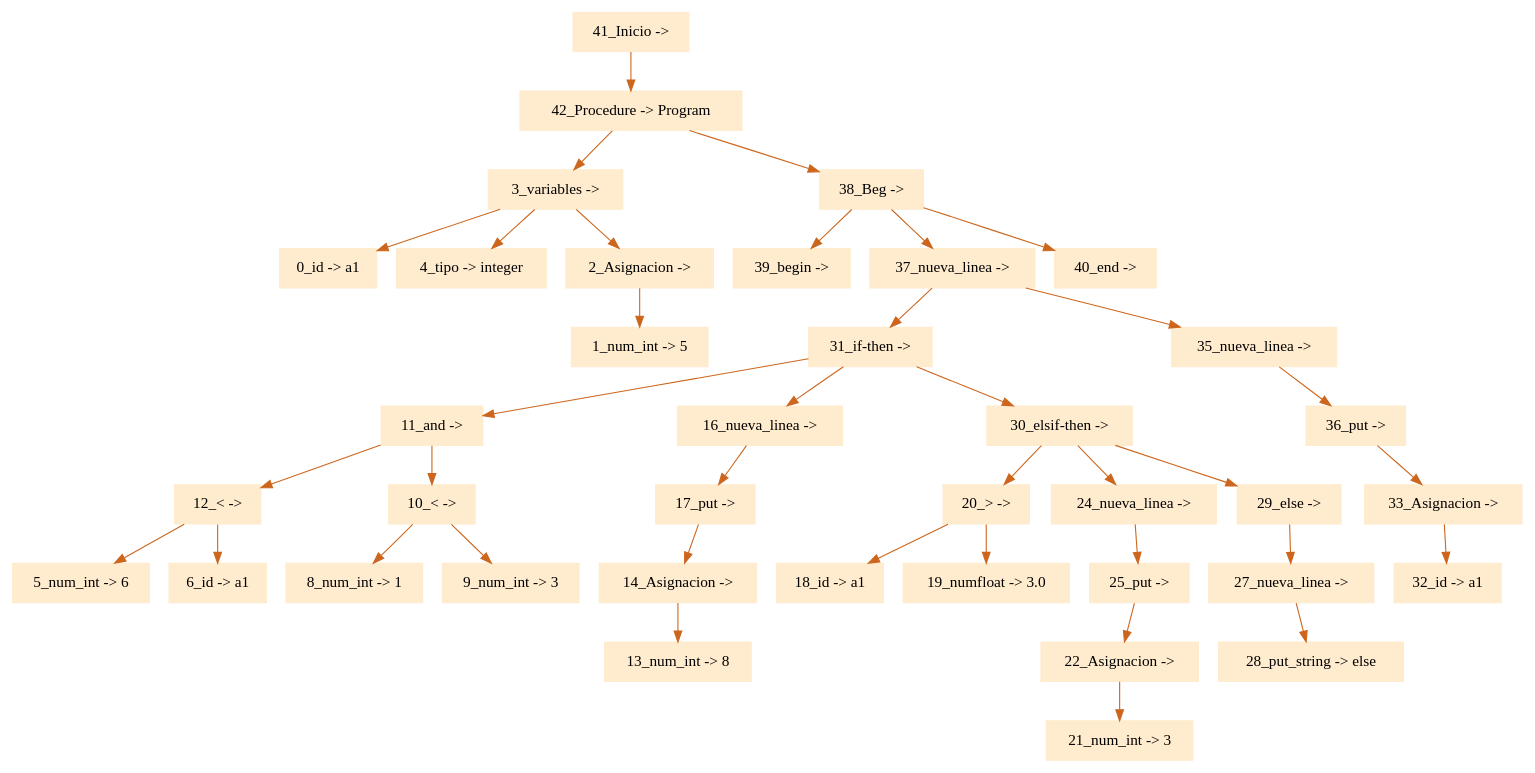
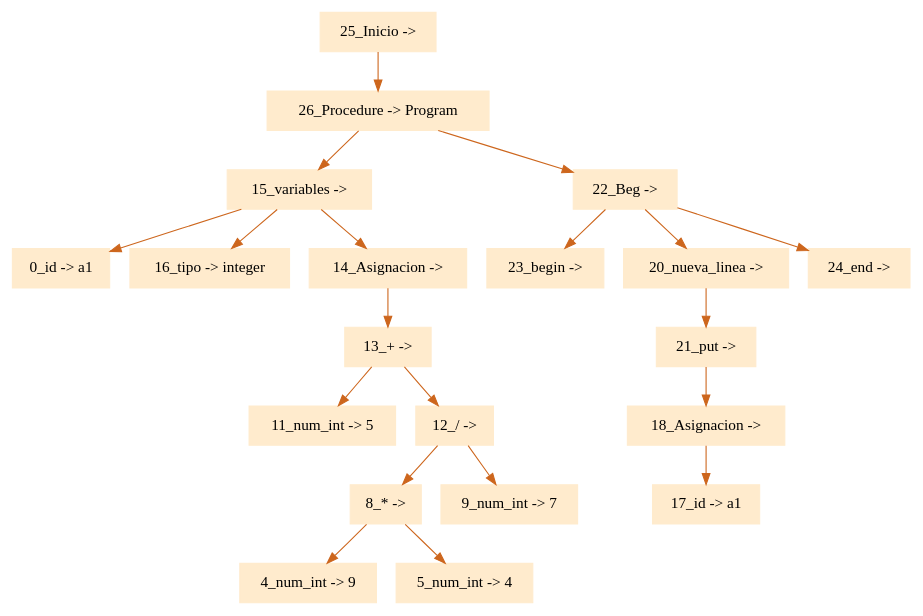
One commit to eliasgz97/Proyecto_Compiladores changed the diagram in ProyectoCompiladores/arbol.dot. Above: the diagram before and after it, drawn with Graphviz. The commit also changed 7 other files, not shown here.

```diff
--- a/ProyectoCompiladores/arbol.dot
+++ b/ProyectoCompiladores/arbol.dot
@@ -1,42 +1,24 @@
 digraph G {node[shape=box, style=filled, color=blanchedalmond]; edge[color=chocolate3];rankdir=UD 
 
-"41_Inicio -> "->"42_Procedure -> Program"
-"42_Procedure -> Program"->"3_variables -> "
-"3_variables -> "->"0_id -> a1"
-"3_variables -> "->"4_tipo -> integer"
-"3_variables -> "->"2_Asignacion -> "
-"2_Asignacion -> "->"1_num_int -> 5"
-"42_Procedure -> Program"->"38_Beg -> "
-"38_Beg -> "->"39_begin -> "
-"38_Beg -> "->"37_nueva_linea -> "
-"37_nueva_linea -> "->"31_if-then -> "
-"31_if-then -> "->"11_and -> "
-"11_and -> "->"12_< -> "
-"12_< -> "->"5_num_int -> 6"
-"12_< -> "->"6_id -> a1"
-"11_and -> "->"10_< -> "
-"10_< -> "->"8_num_int -> 1"
-"10_< -> "->"9_num_int -> 3"
-"31_if-then -> "->"16_nueva_linea -> "
-"16_nueva_linea -> "->"17_put -> "
-"17_put -> "->"14_Asignacion -> "
-"14_Asignacion -> "->"13_num_int -> 8"
-"31_if-then -> "->"30_elsif-then -> "
-"30_elsif-then -> "->"20_> -> "
-"20_> -> "->"18_id -> a1"
-"20_> -> "->"19_numfloat -> 3.0"
-"30_elsif-then -> "->"24_nueva_linea -> "
-"24_nueva_linea -> "->"25_put -> "
-"25_put -> "->"22_Asignacion -> "
-"22_Asignacion -> "->"21_num_int -> 3"
-"30_elsif-then -> "->"29_else -> "
-"29_else -> "->"27_nueva_linea -> "
-"27_nueva_linea -> "->"28_put_string -> else"
-"37_nueva_linea -> "->"35_nueva_linea -> "
-"35_nueva_linea -> "->"36_put -> "
-"36_put -> "->"33_Asignacion -> "
-"33_Asignacion -> "->"32_id -> a1"
-"38_Beg -> "->"40_end -> "
+"25_Inicio -> "->"26_Procedure -> Program"
+"26_Procedure -> Program"->"15_variables -> "
+"15_variables -> "->"0_id -> a1"
+"15_variables -> "->"16_tipo -> integer"
+"15_variables -> "->"14_Asignacion -> "
+"14_Asignacion -> "->"13_+ -> "
+"13_+ -> "->"11_num_int -> 5"
+"13_+ -> "->"12_/ -> "
+"12_/ -> "->"8_* -> "
+"8_* -> "->"4_num_int -> 9"
+"8_* -> "->"5_num_int -> 4"
+"12_/ -> "->"9_num_int -> 7"
+"26_Procedure -> Program"->"22_Beg -> "
+"22_Beg -> "->"23_begin -> "
+"22_Beg -> "->"20_nueva_linea -> "
+"20_nueva_linea -> "->"21_put -> "
+"21_put -> "->"18_Asignacion -> "
+"18_Asignacion -> "->"17_id -> a1"
+"22_Beg -> "->"24_end -> "
 
 
 }
```
